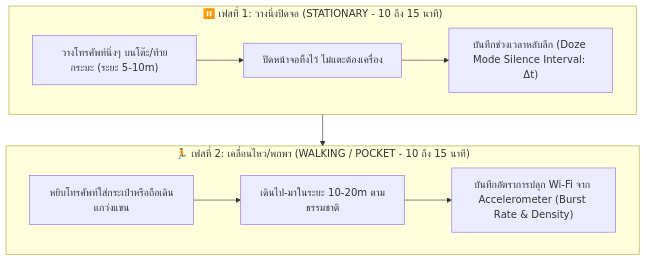
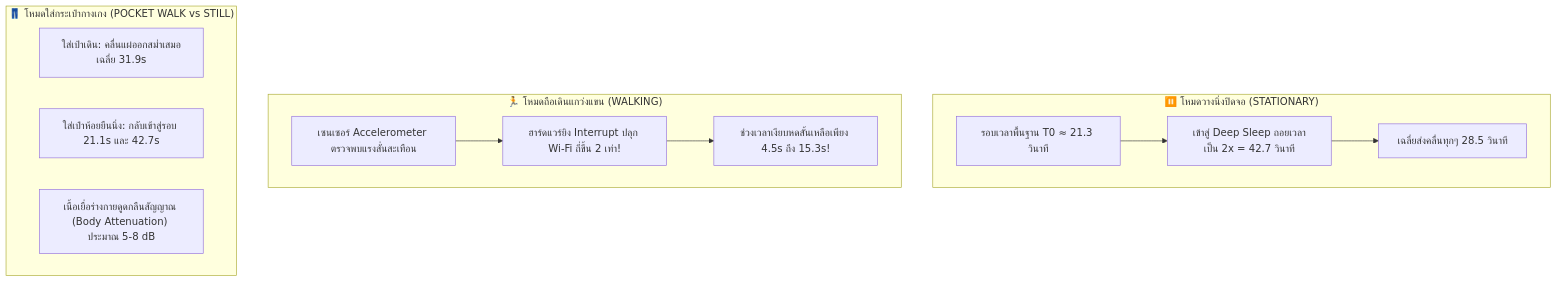
One commit to yopatcharapol/ProjectCo-op changed the diagram in experiments/reports/dataset_b_motion_profiling.md. Above: the diagram before and after it, drawn with Mermaid. The commit also changed other lines of this file and 2 other files, not shown here.

````diff
--- a/experiments/reports/dataset_b_motion_profiling.md
+++ b/experiments/reports/dataset_b_motion_profiling.md
@@ -36,14 +28,18 @@
 ```mermaid
 flowchart TD
-    subgraph P1 ["⏸️ เฟสที่ 1: วางนิ่งปิดจอ (STATIONARY - 10 ถึง 15 นาที)"]
-        S1["วางโทรศัพท์นิ่งๆ บนโต๊ะ/ท้ายกระบะ (ระยะ 5-10m)"] --> S2["ปิดหน้าจอทิ้งไว้ ไม่แตะต้องเครื่อง"]
-        S2 --> S3["บันทึกช่วงเวลาหลับลึก (Doze Mode Silence Interval: Δt)"]
+    subgraph S1 ["⏸️ โหมดวางนิ่งปิดจอ (STATIONARY)"]
+        A1["รอบเวลาพื้นฐาน T0 ≈ 21.3 วินาที"] --> A2["เข้าสู่ Deep Sleep ถอยเวลาเป็น 2x = 42.7 วินาที"]
+        A2 --> A3["เฉลี่ยส่งคลื่นทุกๆ 28.5 วินาที"]
     end
 
-    subgraph P2 ["🏃 เฟสที่ 2: เคลื่อนไหว/พกพา (WALKING / POCKET - 10 ถึง 15 นาที)"]
-        W1["หยิบโทรศัพท์ใส่กระเป๋าหรือถือเดินแกว่งแขน"] --> W2["เดินไป-มาในระยะ 10-20m ตามธรรมชาติ"]
-        W2 --> W3["บันทึกอัตราการปลุก Wi-Fi จาก Accelerometer (Burst Rate & Density)"]
+    subgraph S2 ["🏃 โหมดถือเดินแกว่งแขน (WALKING)"]
+        B1["เซนเซอร์ Accelerometer ตรวจพบแรงสั่นสะเทือน"] --> B2["ฮาร์ดแวร์ยิง Interrupt ปลุก Wi-Fi ถี่ขึ้น 2 เท่า!"]
+        B2 --> B3["ช่วงเวลาเงียบหดสั้นเหลือเพียง 4.5s ถึง 15.3s!"]
     end
 
-    P1 --> P2
+    subgraph S3 ["👖 โหมดใส่กระเป๋ากางเกง (POCKET WALK vs STILL)"]
+        C1["ใส่เป๋าเดิน: คลื่นแผ่ออกสม่ำเสมอเฉลี่ย 31.9s"]
+        C2["ใส่เป๋าห้อยยืนนิ่ง: กลับเข้าสู่รอบ 21.1s และ 42.7s"]
+        C3["เนื้อเยื่อร่างกายดูดกลืนสัญญาณ (Body Attenuation) ประมาณ 5-8 dB"]
+    end
 ```
````
